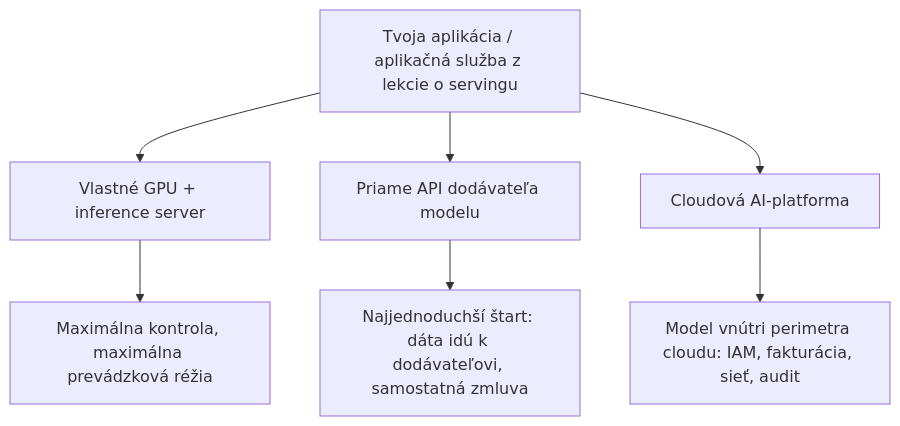
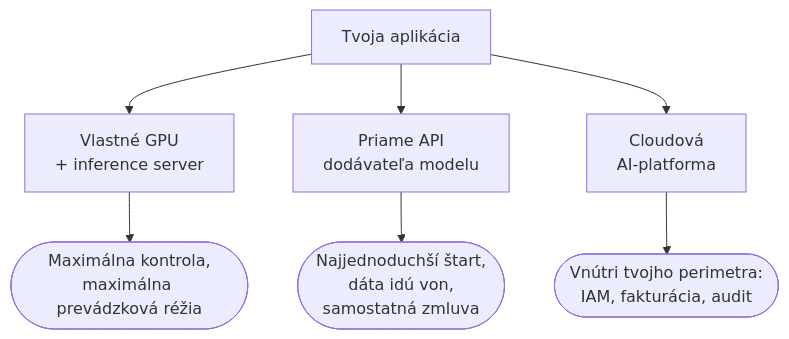
The diagram in i18n/sk/docusaurus-plugin-content-docs/current/part-3-production/cloud-platforms/index.md (NikolaiSachok/ai-engineering-handbook), drawn with Mermaid before and after one commit. The commit also changed 75 other files, not shown here.

First line of the commit message:
fix(diagrams): re-author wide diagrams, and measure the three locales the gate never saw (#441)

````diff
--- a/i18n/sk/docusaurus-plugin-content-docs/current/part-3-production/cloud-platforms/index.md
+++ b/i18n/sk/docusaurus-plugin-content-docs/current/part-3-production/cloud-platforms/index.md
@@ -16,9 +16,9 @@
 ```mermaid
 flowchart TD
-    APP["Tvoja aplikácia / aplikačná služba z lekcie o servingu"] --> OWN["Vlastné GPU + inference server"]
-    APP --> VENDOR["Priame API dodávateľa modelu"]
-    APP --> CLOUD["Cloudová AI-platforma"]
-    OWN --> OWNX["Maximálna kontrola, maximálna prevádzková réžia"]
-    VENDOR --> VENDORX["Najjednoduchší štart: dáta idú k dodávateľovi, samostatná zmluva"]
-    CLOUD --> CLOUDX["Model vnútri perimetra cloudu: IAM, fakturácia, sieť, audit"]
+    APP["Tvoja aplikácia"] --> OWN["Vlastné GPU<br/>+ inference server"]
+    APP --> VENDOR["Priame API<br/>dodávateľa modelu"]
+    APP --> CLOUD["Cloudová<br/>AI-platforma"]
+    OWN --> OWNX(["Maximálna kontrola,<br/>maximálna prevádzková réžia"])
+    VENDOR --> VENDORX(["Najjednoduchší štart,<br/>dáta idú von,<br/>samostatná zmluva"])
+    CLOUD --> CLOUDX(["Vnútri tvojho perimetra:<br/>IAM, fakturácia, audit"])
 ```
````
